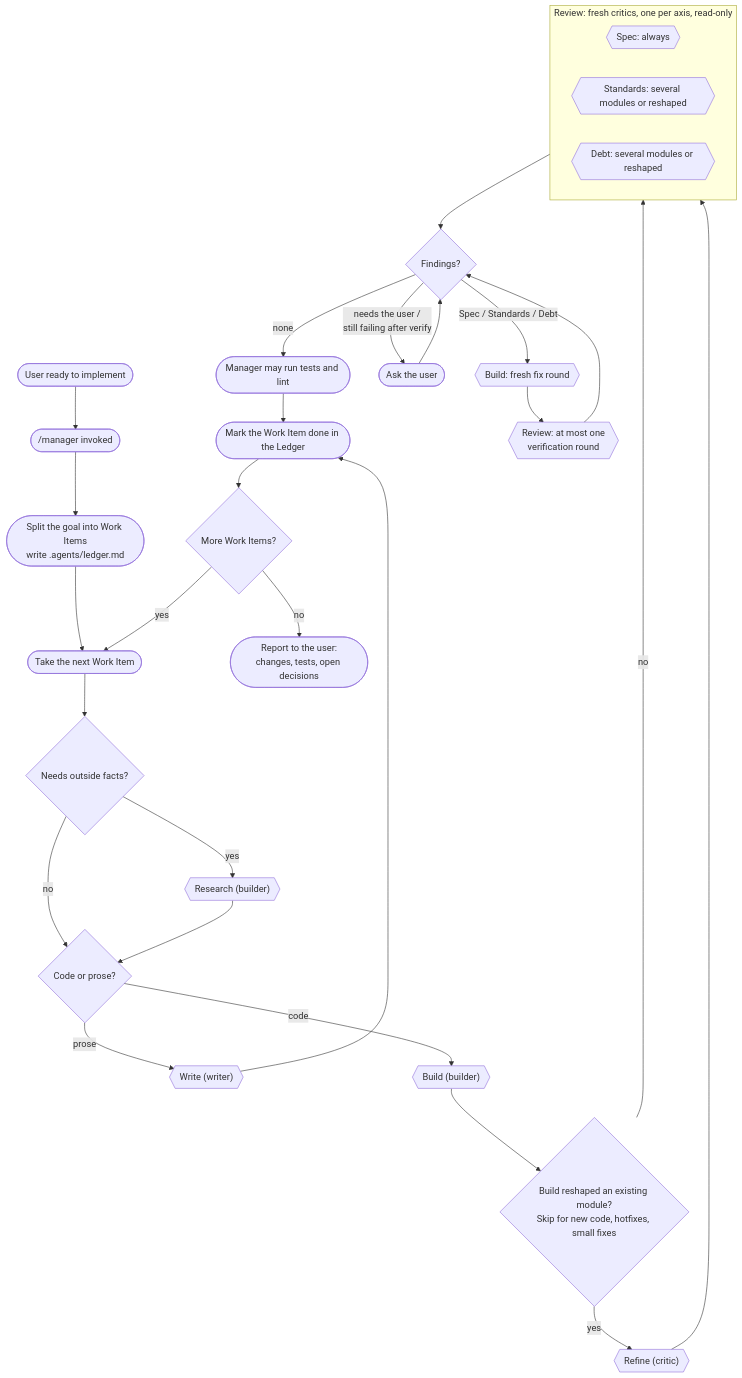
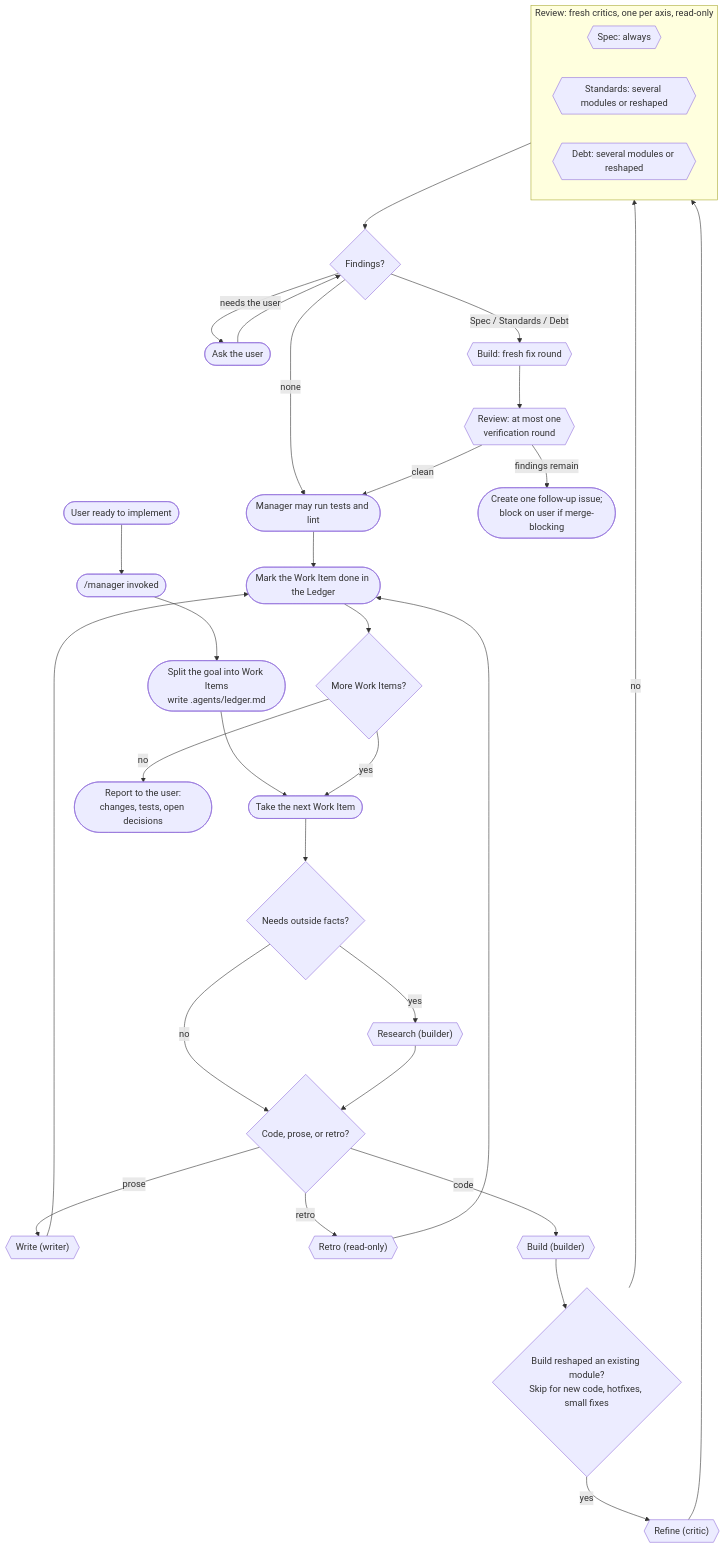
One commit to vieitesss/dotfiles changed the first of 2 diagrams in docs/workflow.md. Above: the diagram before and after it, drawn with Mermaid. The commit also changed other lines of this file and 3 other files, not shown here.

````diff
--- a/docs/workflow.md
+++ b/docs/workflow.md
@@ -15,36 +15,39 @@
 ```mermaid
 flowchart TD
     req([User ready to implement]) --> mgr(["/manager invoked"])
     mgr --> split(["Split the goal into Work Items<br/>write .agents/ledger.md"])
     split --> next(["Take the next Work Item"])
     next --> facts{"Needs outside facts?"}
     facts -- yes --> research{{"Research (builder)"}}
-    facts -- no --> kind{"Code or prose?"}
+    facts -- no --> kind{"Code, prose, or retro?"}
     research --> kind
     kind -- prose --> write{{"Write (writer)"}}
     write --> done
+    kind -- retro --> retro{{"Retro (read-only)"}}
+    retro --> done
     kind -- code --> build{{"Build (builder)"}}
     build --> refinep{"Build reshaped an existing module?<br/>Skip for new code, hotfixes, small fixes"}
     refinep -- yes --> refine{{"Refine (critic)"}}
     refinep -- no --> review
     refine --> review
 
     subgraph review [Review: fresh critics, one per axis, read-only]
         spec{{"Spec: always"}}
         standards{{"Standards: several modules or reshaped"}}
         debt{{"Debt: several modules or reshaped"}}
     end
 
     review --> findings{"Findings?"}
     findings -- none --> prove(["Manager may run tests and lint"])
     prove --> done
-    findings -- "needs the user /<br/>still failing after verify" --> ask(["Ask the user"])
+    findings -- "needs the user" --> ask(["Ask the user"])
     ask --> findings
     findings -- "Spec / Standards / Debt" --> fixbuild{{"Build: fresh fix round"}}
     fixbuild --> verify{{"Review: at most one<br/>verification round"}}
-    verify --> findings
+    verify -- clean --> prove
+    verify -- "findings remain" --> followup(["Create one follow-up issue;<br/>block on user if merge-blocking"])
 
     done(["Mark the Work Item done in the Ledger"]) --> more{"More Work Items?"}
     more -- yes --> next
     more -- no --> report(["Report to the user:<br/>changes, tests, open decisions"])
 ```
````
